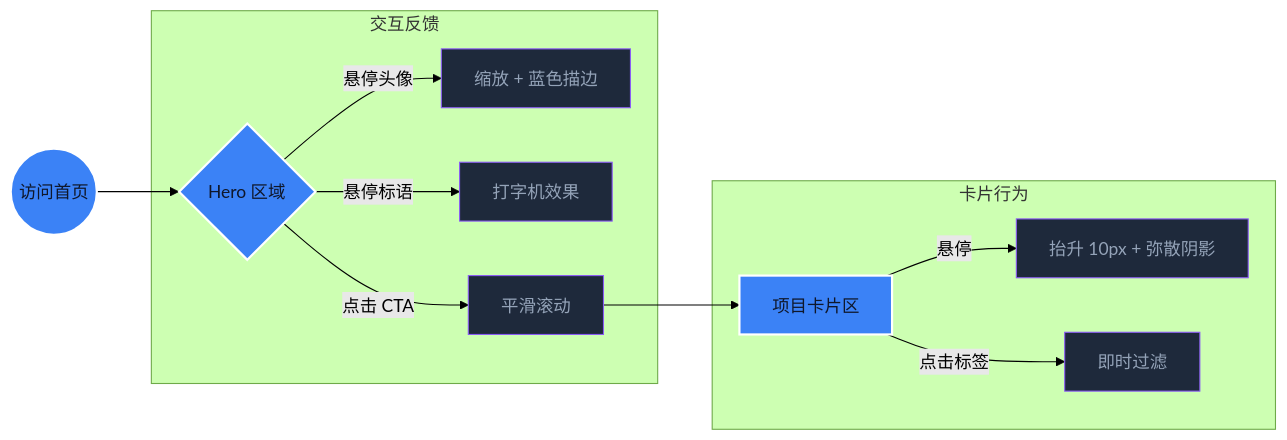
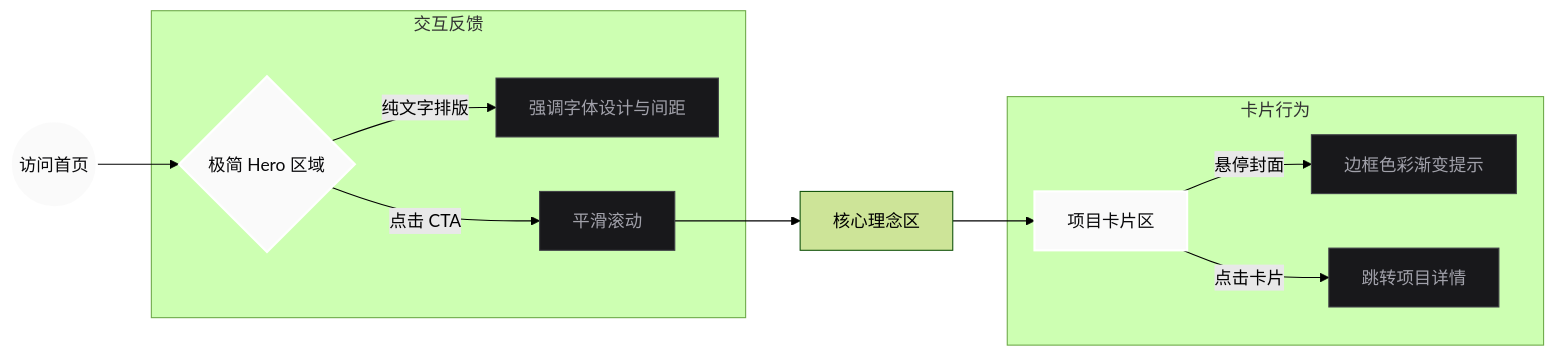
One commit to QQDDTT/Dark-Lattice changed the diagram in docs/HOME_PAGE_DESIGN.md. Above: the diagram before and after it, drawn with Mermaid (forest theme). The commit also changed other lines of this file and 64 other files, not shown here.

Commit message:
style: 全面应用极简暗黑风格并清理废弃的3D及图表特效资源

````diff
--- a/docs/HOME_PAGE_DESIGN.md
+++ b/docs/HOME_PAGE_DESIGN.md
@@ -10,25 +11,25 @@
 ```mermaid
 graph LR
     %% 样式定义
-    classDef primary fill:#0F172A,stroke:#3B82F6,stroke-width:2px,color:#fff;
-    classDef secondary fill:#1E293B,stroke:#8B5CF6,stroke-width:1px,color:#94A3B8;
-    classDef highlight fill:#3B82F6,stroke:#fff,stroke-width:2px,color:#0F172A;
+    classDef primary fill:#09090B,stroke:#FAFAFA,stroke-width:2px,color:#fff;
+    classDef secondary fill:#18181B,stroke:#3F3F46,stroke-width:1px,color:#A1A1AA;
+    classDef highlight fill:#FAFAFA,stroke:#fff,stroke-width:2px,color:#09090B;
 
-    Start((访问首页)) --> Hero{Hero 区域}
-    
+    Start((访问首页)) --> Hero{极简 Hero 区域}
+
     subgraph Interaction [交互反馈]
-        Hero -- 悬停头像 --> Avatar[缩放 + 蓝色描边]
-        Hero -- 悬停标语 --> Slogan[打字机效果]
+        Hero -- 纯文字排版 --> Typography[强调字体设计与间距]
         Hero -- 点击 CTA --> Scroll[平滑滚动]
     end
 
-    Scroll --> Projects[项目卡片区]
-    
+    Scroll --> Manifesto[核心理念区]
+    Manifesto --> Projects[项目卡片区]
+
     subgraph Cards [卡片行为]
-        Projects -- 悬停 --> Lift[抬升 10px + 弥散阴影]
-        Projects -- 点击标签 --> Filter[即时过滤]
+        Projects -- 悬停封面 --> BorderFade[边框色彩渐变提示]
+        Projects -- 点击卡片 --> Link[跳转项目详情]
     end
 
     class Start,Hero,Projects highlight;
-    class Avatar,Slogan,Scroll,Lift,Filter secondary;
+    class Typography,Scroll,BorderFade,Link secondary;
 ```
````
